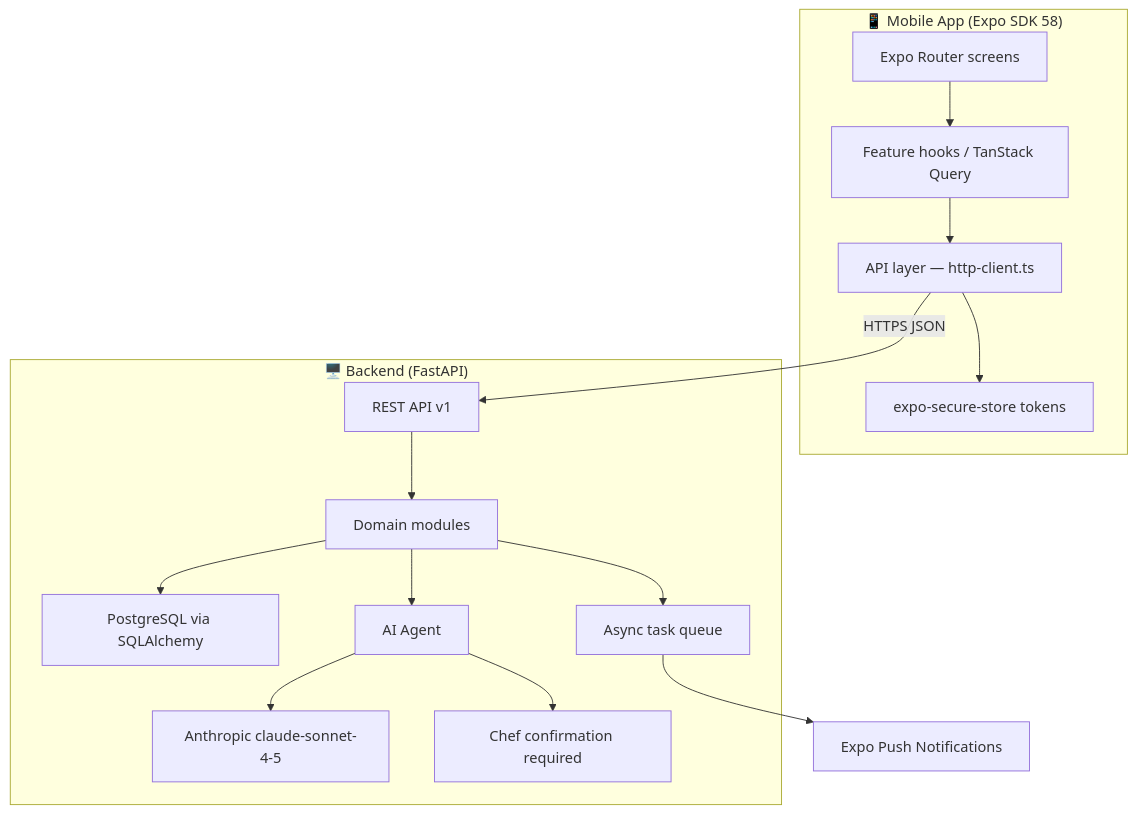
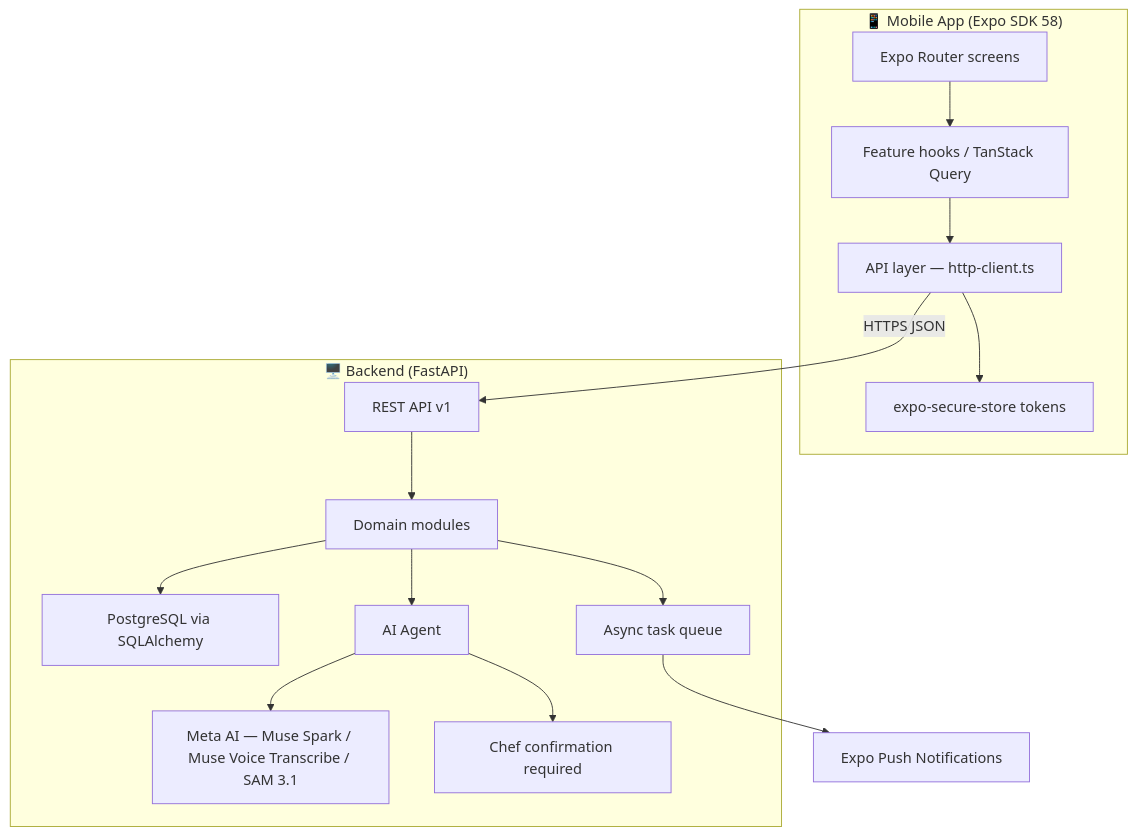
One commit to food-bundles/food-bundles-chef-app changed the diagram in README.md. Above: the diagram before and after it, drawn with Mermaid. The commit also changed other lines of this file and 2 other files, not shown here.

Commit message:
fix: skip node_modules in FallbackWatcher and correct README AI provider
- Patch FallbackWatcher to skip node_modules dirs during startWatching,
  preventing Windows file handle exhaustion (MAX_WAIT_TIME=240s timeout)
- Update postinstall patch script to include FallbackWatcher patch (Patch B)
- Simplify metro.config.js back to minimal config (blockList approach removed)
- Correct README AI provider from Anthropic to Meta AI (Muse Spark, SAM 3.1)

````diff
--- a/README.md
+++ b/README.md
@@ -126,20 +126,20 @@
 ```mermaid
 graph TD
   subgraph Mobile ["📱 Mobile App (Expo SDK 58)"]
     A[Expo Router screens] --> B[Feature hooks / TanStack Query]
     B --> C[API layer — http-client.ts]
     C --> D[expo-secure-store tokens]
   end
 
   subgraph Backend ["🖥️ Backend (FastAPI)"]
     E[REST API v1] --> F[Domain modules]
     F --> G[PostgreSQL via SQLAlchemy]
     F --> H[Async task queue]
     F --> I[AI Agent]
-    I --> J[Anthropic claude-sonnet-4-5]
+    I --> J[Meta AI — Muse Spark / Muse Voice Transcribe / SAM 3.1]
     I --> K[Chef confirmation required]
   end
 
   C -->|HTTPS JSON| E
   H --> L[Expo Push Notifications]
 ```
````
